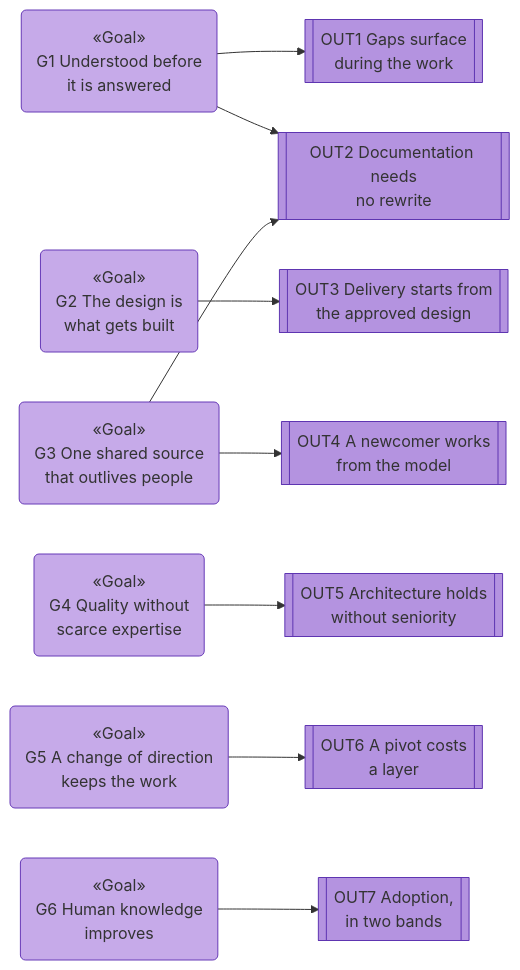
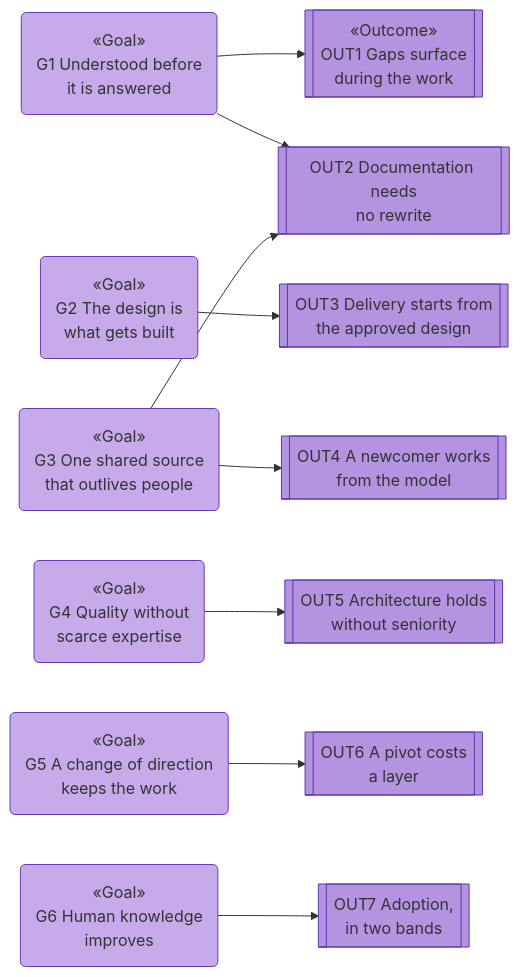
The fifth of 7 diagrams in organization/docs/ea/1_strategy/1_motivation.md (roanboc/architecture-archreator), drawn with Mermaid before and after one commit. The commit also changed other lines of this file and 2 other files, not shown here.

First line of the commit message:
docs: extend diagram-first notation to capabilities and the value stream

````diff
--- a/organization/docs/ea/1_strategy/1_motivation.md
+++ b/organization/docs/ea/1_strategy/1_motivation.md
@@ -197,29 +217,29 @@
 ```mermaid
 flowchart LR
   g1("«Goal»<br>G1 Understood before<br>it is answered"):::goal
   g2("«Goal»<br>G2 The design is<br>what gets built"):::goal
   g3("«Goal»<br>G3 One shared source<br>that outlives people"):::goal
   g4("«Goal»<br>G4 Quality without<br>scarce expertise"):::goal
   g5("«Goal»<br>G5 A change of direction<br>keeps the work"):::goal
   g6("«Goal»<br>G6 Human knowledge<br>improves"):::goal
 
-  out1[["OUT1 Gaps surface<br>during the work"]]:::outcome
+  out1[["«Outcome»<br>OUT1 Gaps surface<br>during the work"]]:::outcome
   out2[["OUT2 Documentation needs<br>no rewrite"]]:::outcome
   out3[["OUT3 Delivery starts from<br>the approved design"]]:::outcome
   out4[["OUT4 A newcomer works<br>from the model"]]:::outcome
   out5[["OUT5 Architecture holds<br>without seniority"]]:::outcome
   out6[["OUT6 A pivot costs<br>a layer"]]:::outcome
   out7[["OUT7 Adoption,<br>in two bands"]]:::outcome
 
   g1 --> out1
   g1 --> out2
   g3 --> out2
   g2 --> out3
   g3 --> out4
   g4 --> out5
   g5 --> out6
   g6 --> out7
 
   classDef goal fill:#c6aae9,stroke:#673ab7,color:#333
   classDef outcome fill:#b493e0,stroke:#5e35b1,color:#333
 ```
````
